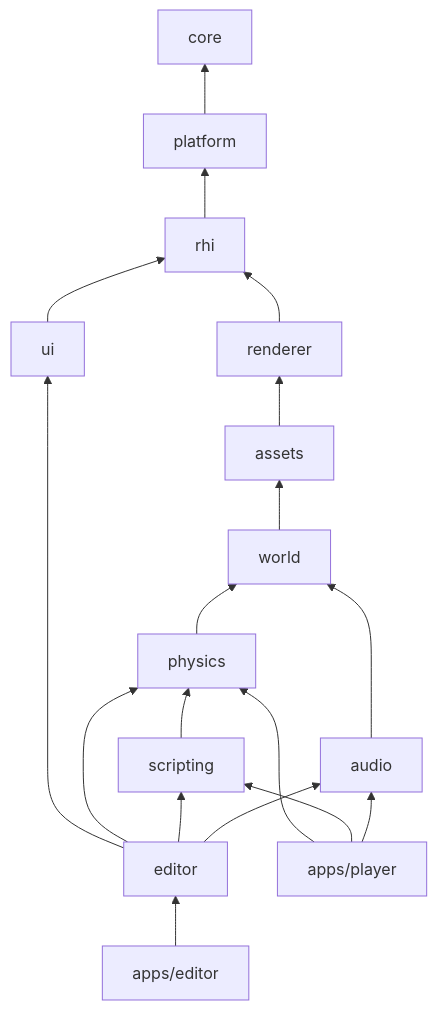
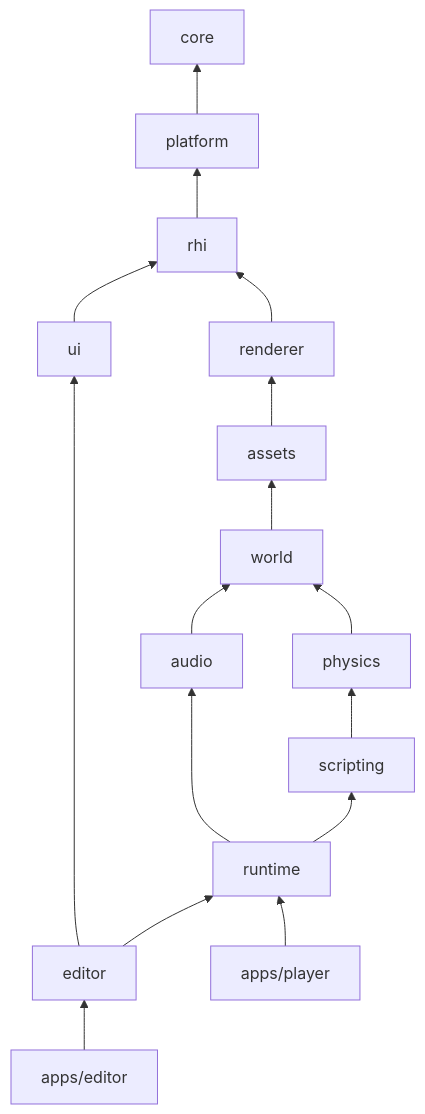
Before and after one commit to Pacheco95/sonnet: the diagram in README.md, drawn with Mermaid. The commit also changed other lines of this file and 16 other files, not shown here.

````diff
--- a/README.md
+++ b/README.md
@@ -76,21 +76,19 @@
 ```mermaid
 flowchart BT
   core
   platform --> core
   rhi --> platform
   renderer --> rhi
   assets --> renderer
   world --> assets
   physics --> world
   scripting --> physics
   audio --> world
+  runtime --> audio
+  runtime --> scripting
   ui --> rhi
   editor --> ui
-  editor --> physics
-  editor --> scripting
-  editor --> audio
+  editor --> runtime
   appEditor["apps/editor"] --> editor
-  appPlayer["apps/player"] --> physics
-  appPlayer --> scripting
-  appPlayer --> audio
+  appPlayer["apps/player"] --> runtime
 ```
````
